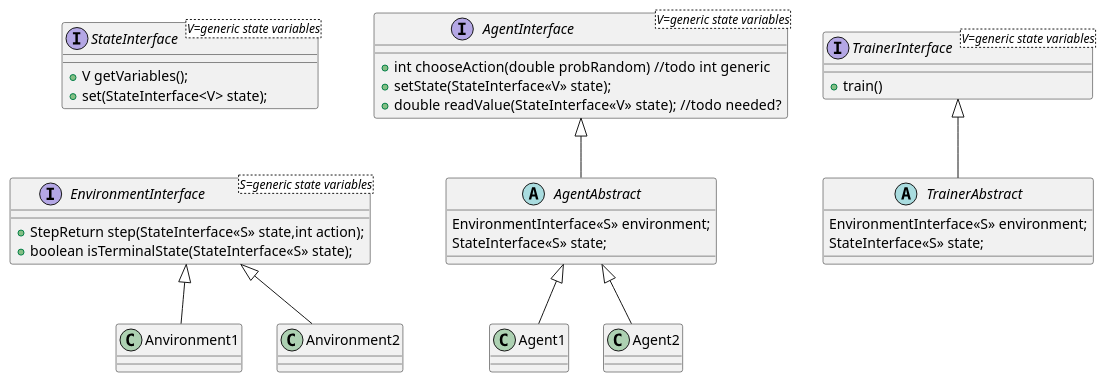
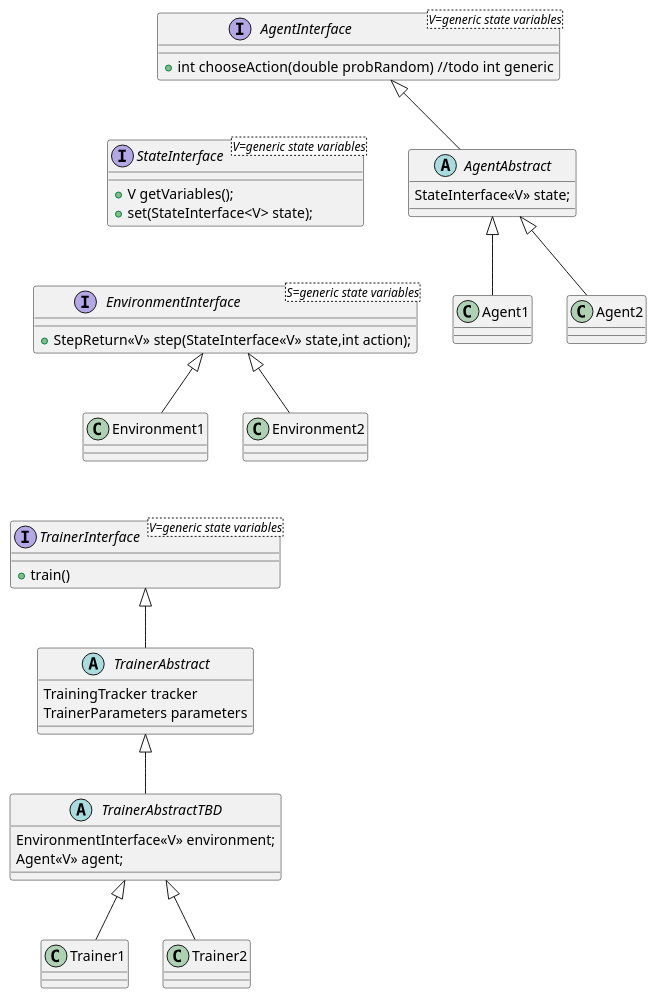
Before and after one commit to JonasHellgren/MachineLearning: the diagram in src/main/java/policy_gradient_problems/class_diagrams/abstract_classes.puml, drawn with PlantUML. The commit also changed 7 other files, not shown here.

```diff
--- a/src/main/java/policy_gradient_problems/class_diagrams/abstract_classes.puml
+++ b/src/main/java/policy_gradient_problems/class_diagrams/abstract_classes.puml
@@ -2,50 +2,67 @@
 @startuml
 'https://plantuml.com/class-diagram
 
 
 interface StateInterface<V=generic state variables> {
 + V getVariables();
 + set(StateInterface<V> state);
 }
 
 interface AgentInterface<V=generic state variables> {
 + int chooseAction(double probRandom)  //todo int generic
-+ setState(StateInterface<<V>> state);
-+ double readValue(StateInterface<<V>> state);  //todo needed?
+'/ + setState(StateInterface<<V>> state);
+'/ + double readValue(StateInterface<<V>> state);  //todo needed?
 }
+
+'/ AgentThetaActorInterface  agent.changeActor
+'/ AgentNeuralActorInterface  fitActor
+'/ AgentNeuralActorCriticInterface  fitActor fitCritic
 
 
 abstract class AgentAbstract {
-    EnvironmentInterface<<S>> environment;
-    StateInterface<<S>> state;
+'/    EnvironmentInterface<<V>> environment;
+    StateInterface<<V>> state;
 }
 
 
 interface TrainerInterface<V=generic state variables> {
 + train()
 }
 
 abstract class TrainerAbstract {
-    EnvironmentInterface<<S>> environment;
-    StateInterface<<S>> state;
+TrainingTracker tracker
+TrainerParameters parameters
+}
+
+abstract class TrainerAbstractTBD {
+    EnvironmentInterface<<V>> environment;
+    Agent<<V>> agent;
 }
 
 interface EnvironmentInterface<S=generic state variables> {
-+  StepReturn step(StateInterface<<S>> state,int action);
-+  boolean isTerminalState(StateInterface<<S>> state);
++  StepReturn<<V>> step(StateInterface<<V>> state,int action);
+'/ +  boolean isTerminalState(StateInterface<<V>> state);
 }
 
+
+EnvironmentInterface <|-- Environment1
+EnvironmentInterface <|-- Environment2
 
 AgentInterface <|-- AgentAbstract
 AgentAbstract  <|-- Agent1
 AgentAbstract  <|-- Agent2
 
 TrainerInterface <|-- TrainerAbstract
+TrainerAbstract <|-- TrainerAbstractTBD
+TrainerAbstractTBD  <|-- Trainer1
+TrainerAbstractTBD  <|-- Trainer2
+
 
 StateInterface -[hidden]- EnvironmentInterface
 
-EnvironmentInterface <|-- Anvironment1
-EnvironmentInterface <|-- Anvironment2
+AgentInterface -[hidden]- StateInterface
+
+Environment1 -[hidden]- TrainerInterface
 
 
 @enduml
```
